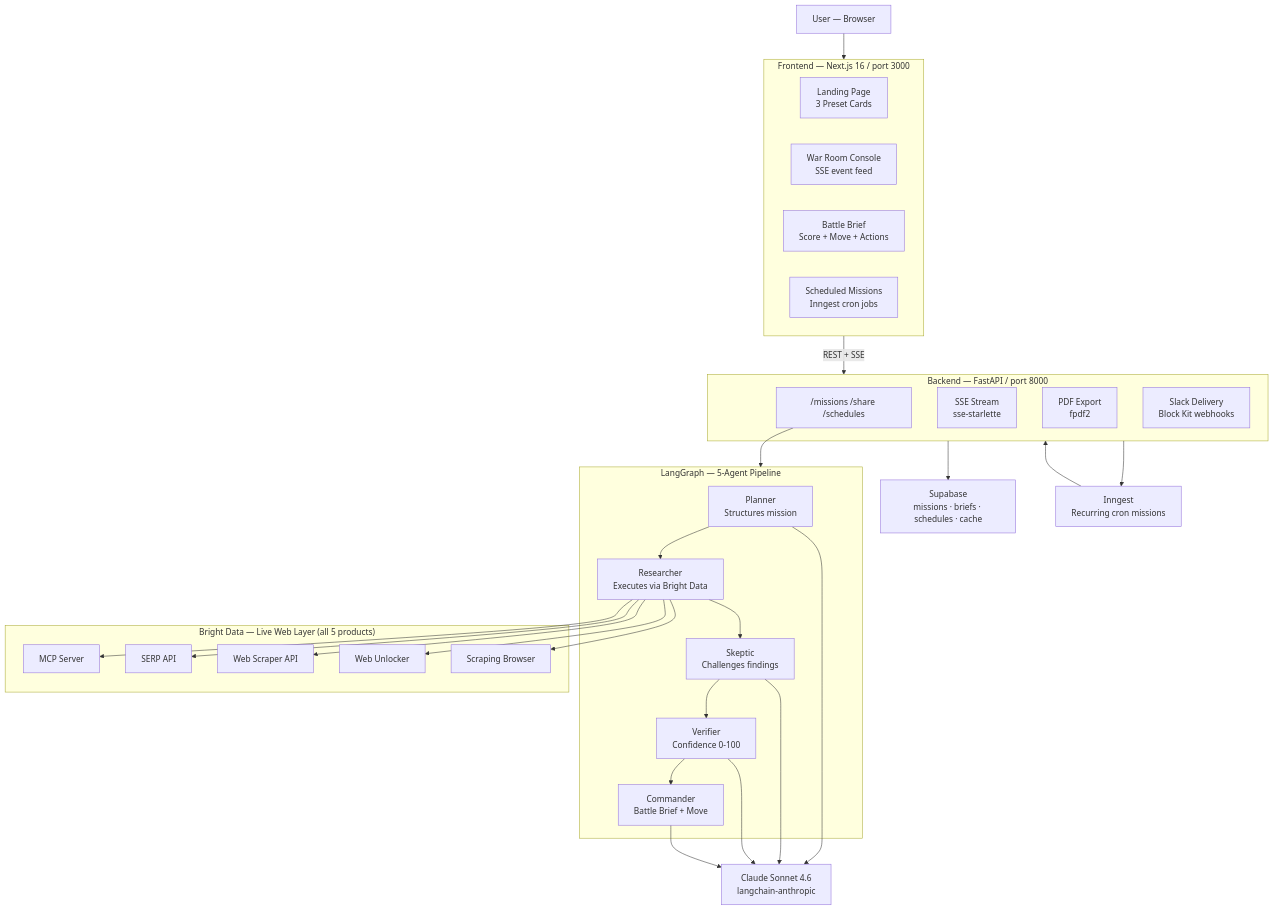
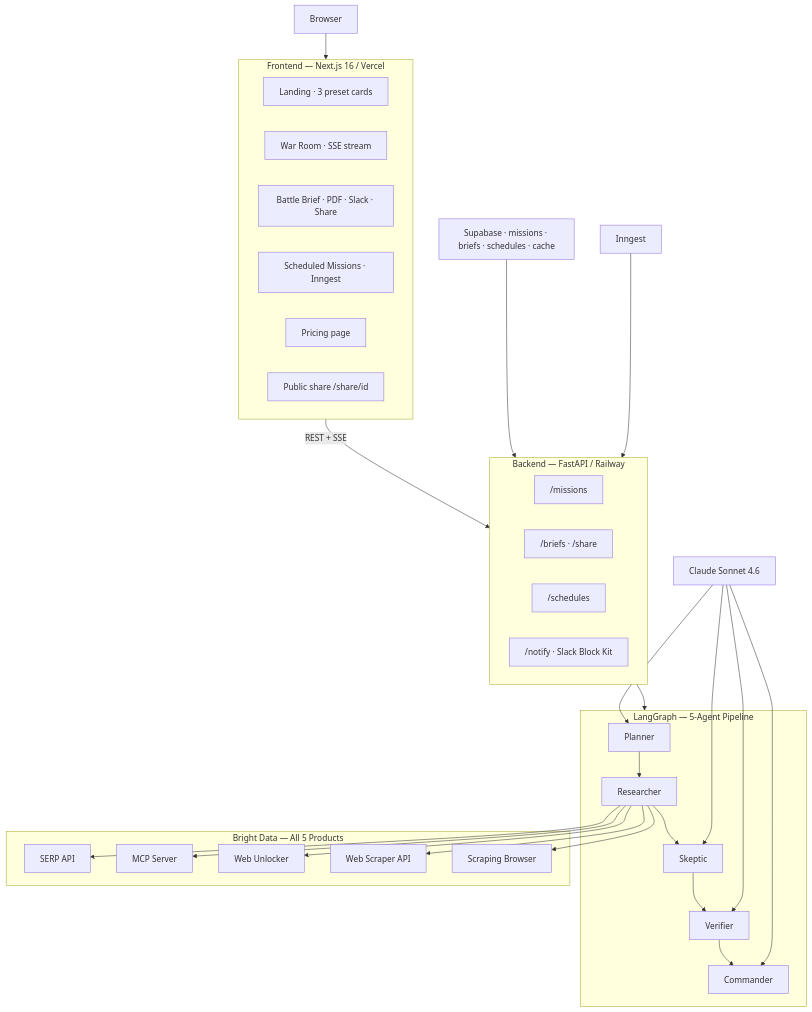
One commit to jpablortiz96/warroom-ai changed the second of 2 diagrams in README.md. Above: the diagram before and after it, drawn with Mermaid. The commit also changed other lines of this file and 5 other files, not shown here.

Commit message:
docs: production readme -- startup-grade pitch + sample briefs + architecture refresh

````diff
--- a/README.md
+++ b/README.md
@@ -149,51 +266,42 @@
 ```mermaid
 flowchart TD
-    User["User — Browser"] --> Web
+    User["Browser"] --> Web
 
-    subgraph Web["Frontend — Next.js 16 / port 3000"]
-        Landing["Landing Page\n3 Preset Cards"]
-        Console["War Room Console\nSSE event feed"]
-        Brief["Battle Brief\nScore + Move + Actions"]
-        Schedules["Scheduled Missions\nInngest cron jobs"]
+    subgraph Web["Frontend — Next.js 16 / Vercel"]
+        Landing["Landing · 3 preset cards"]
+        Console["War Room · SSE stream"]
+        Brief["Battle Brief · PDF · Slack · Share"]
+        Schedules["Scheduled Missions · Inngest"]
+        Pricing["Pricing page"]
+        Share["Public share /share/id"]
     end
 
     Web -- "REST + SSE" --> API
 
-    subgraph API["Backend — FastAPI / port 8000"]
-        Routes["/missions /share /schedules"]
-        SSEStream["SSE Stream\nsse-starlette"]
-        PDFExport["PDF Export\nfpdf2"]
-        SlackNotify["Slack Delivery\nBlock Kit webhooks"]
+    subgraph API["Backend — FastAPI / Railway"]
+        MissionsR["/missions"]
+        BriefsR["/briefs · /share"]
+        SchedulesR["/schedules"]
+        NotifyR["/notify · Slack Block Kit"]
     end
 
-    Routes --> Graph
+    API --> Graph
 
     subgraph Graph["LangGraph — 5-Agent Pipeline"]
-        P["Planner\nStructures mission"]
-        R["Researcher\nExecutes via Bright Data"]
-        Sk["Skeptic\nChallenges findings"]
-        V["Verifier\nConfidence 0-100"]
-        C["Commander\nBattle Brief + Move"]
-        P --> R --> Sk --> V --> C
+        P["Planner"] --> R["Researcher"] --> Sk["Skeptic"] --> V["Verifier"] --> C["Commander"]
     end
 
-    subgraph BrightData["Bright Data — Live Web Layer (all 5 products)"]
+    subgraph BD["Bright Data — All 5 Products"]
+        SERP["SERP API"]
         MCP["MCP Server"]
-        SERP["SERP API"]
+        WU["Web Unlocker"]
         WSA["Web Scraper API"]
-        WU["Web Unlocker"]
         SB["Scraping Browser"]
     end
 
-    R --> MCP & SERP & WSA & WU & SB
+    R --> SERP & MCP & WU & WSA & SB
 
-    Claude["Claude Sonnet 4.6\nlangchain-anthropic"]
-    P & Sk & V & C --> Claude
-
-    DB["Supabase\nmissions · briefs · schedules · cache"]
-    API --> DB
-
-    Inngest["Inngest\nRecurring cron missions"]
-    API --> Inngest
-    Inngest --> API
+    Claude["Claude Sonnet 4.6"] --> P & Sk & V & C
+    DB["Supabase · missions · briefs · schedules · cache"] --> API
+    Inngest["Inngest"] --> API
 ```
````
